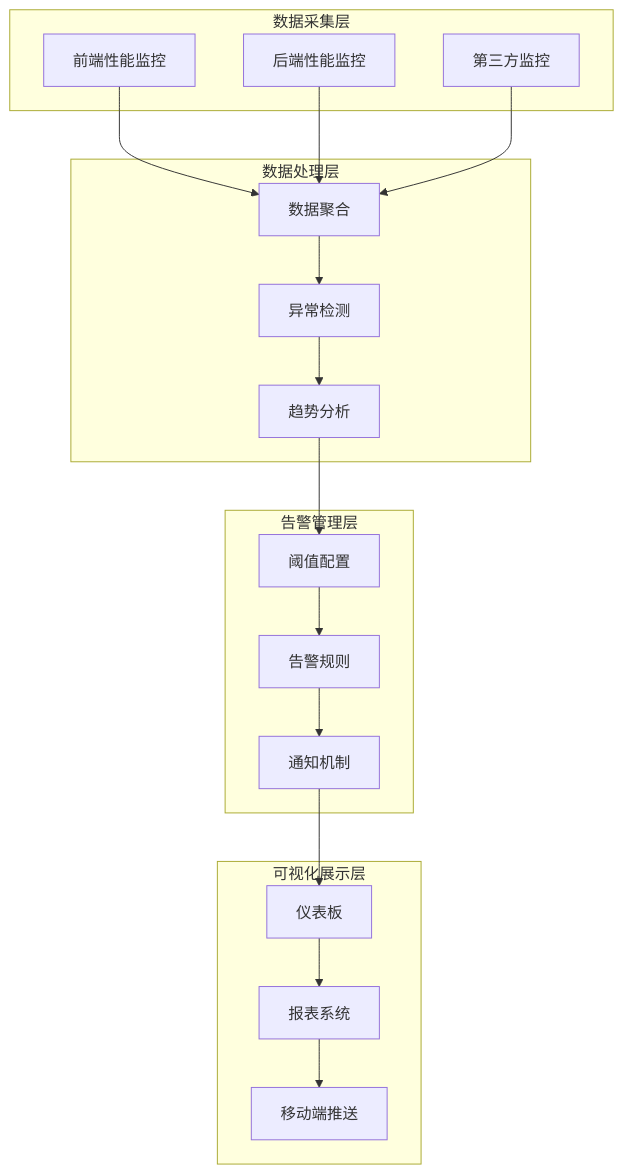
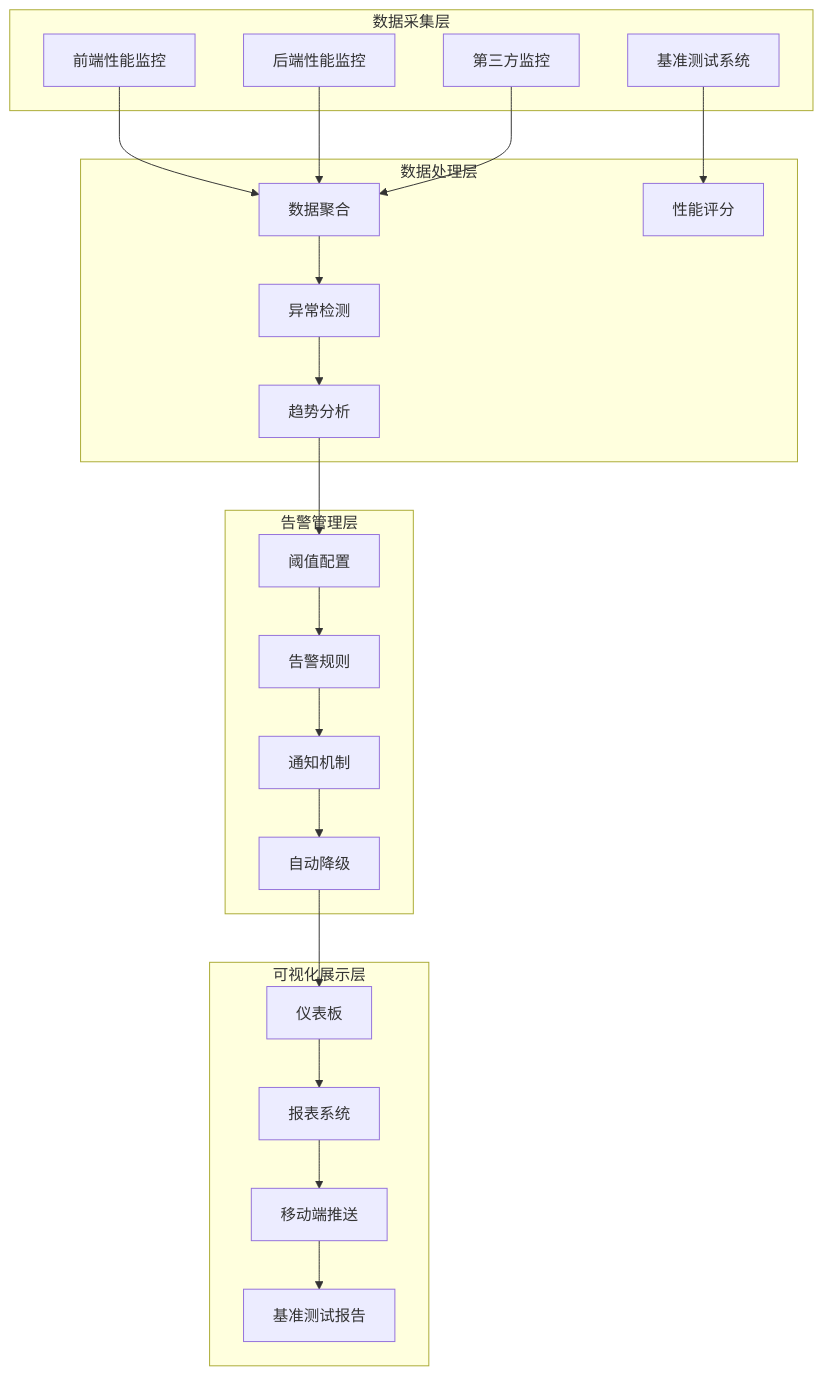
Diagram 11 of 14 in .qoder/repowiki/zh/content/性能优化/性能监控方案.md (zhangxin19911211-creator/Project_BabyAssistant), drawn with Mermaid before and after one commit. The commit also changed other lines of this file and 24 other files, not shown here.

````diff
--- a/.qoder/repowiki/zh/content/性能优化/性能监控方案.md
+++ b/.qoder/repowiki/zh/content/性能优化/性能监控方案.md
@@ -442,34 +569,41 @@
 ```mermaid
 graph TB
 subgraph "数据采集层"
 A[前端性能监控]
 B[后端性能监控]
 C[第三方监控]
+D[基准测试系统]
 end
 subgraph "数据处理层"
-D[数据聚合]
-E[异常检测]
-F[趋势分析]
+E[数据聚合]
+F[异常检测]
+G[趋势分析]
+H[性能评分]
 end
 subgraph "告警管理层"
-G[阈值配置]
-H[告警规则]
-I[通知机制]
+I[阈值配置]
+J[告警规则]
+K[通知机制]
+L[自动降级]
 end
 subgraph "可视化展示层"
-J[仪表板]
-K[报表系统]
-L[移动端推送]
+M[仪表板]
+N[报表系统]
+O[移动端推送]
+P[基准测试报告]
 end
-A --> D
-B --> D
-C --> D
-D --> E
+A --> E
+B --> E
+C --> E
+D --> H
 E --> F
 F --> G
-G --> H
-H --> I
+G --> I
 I --> J
 J --> K
 K --> L
+L --> M
+M --> N
+N --> O
+O --> P
 ```
````
